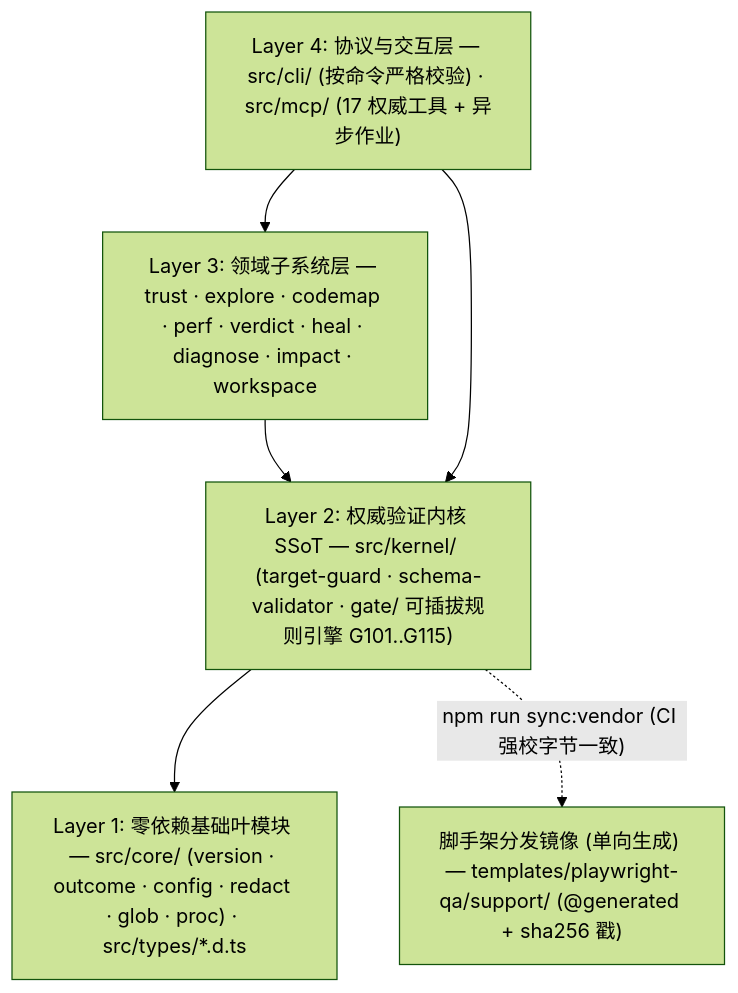
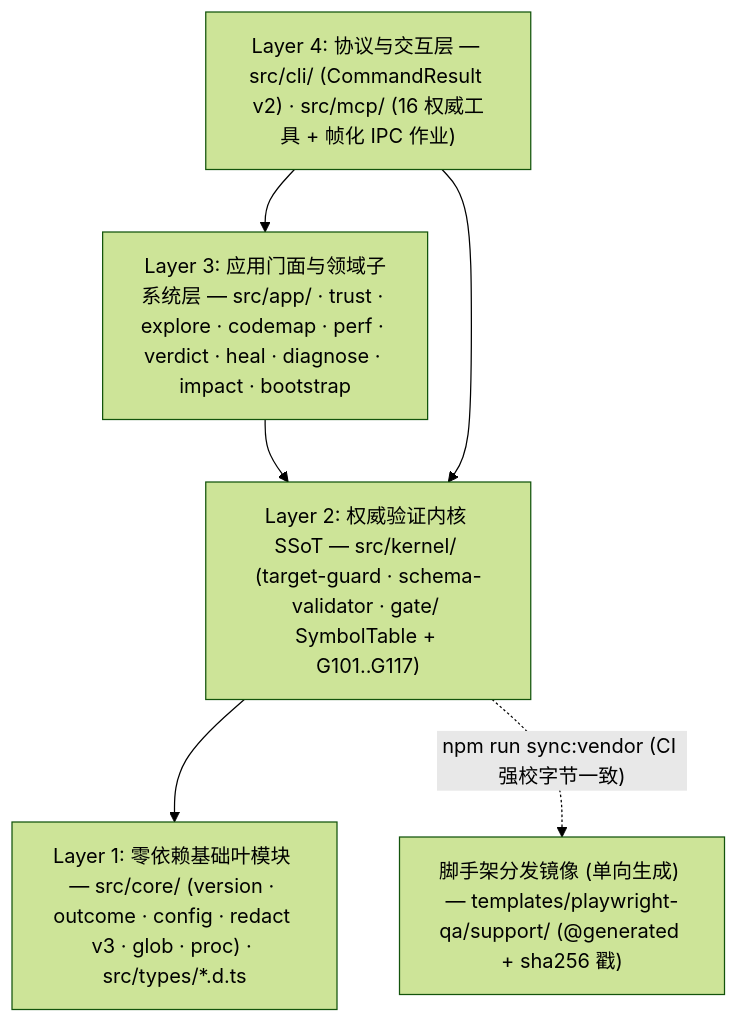
Before and after one commit to seaworld008/ai-test-workbench: the diagram in README.md, drawn with Mermaid (forest theme). The commit also changed other lines of this file and 248 other files, not shown here.

````diff
--- a/README.md
+++ b/README.md
@@ -84,12 +84,12 @@
 ```mermaid
 flowchart TB
-    L4["Layer 4: 协议与交互层 — src/cli/ (按命令严格校验) · src/mcp/ (17 权威工具 + 异步作业)"]
-    L3["Layer 3: 领域子系统层 — trust · explore · codemap · perf · verdict · heal · diagnose · impact · workspace"]
-    L2["Layer 2: 权威验证内核 SSoT — src/kernel/ (target-guard · schema-validator · gate/ 可插拔规则引擎 G101..G115)"]
-    L1["Layer 1: 零依赖基础叶模块 — src/core/ (version · outcome · config · redact · glob · proc) · src/types/*.d.ts"]
+    L4["Layer 4: 协议与交互层 — src/cli/ (CommandResult v2) · src/mcp/ (16 权威工具 + 帧化 IPC 作业)"]
+    L3["Layer 3: 应用门面与领域子系统层 — src/app/ · trust · explore · codemap · perf · verdict · heal · diagnose · impact · bootstrap"]
+    L2["Layer 2: 权威验证内核 SSoT — src/kernel/ (target-guard · schema-validator · gate/ SymbolTable + G101..G117)"]
+    L1["Layer 1: 零依赖基础叶模块 — src/core/ (version · outcome · config · redact v3 · glob · proc) · src/types/*.d.ts"]
     TPL["脚手架分发镜像 (单向生成) — templates/playwright-qa/support/ (@generated + sha256 戳)"]
 
     L4 --> L3 --> L2 --> L1
     L4 --> L2
     L2 -. "npm run sync:vendor (CI 强校字节一致)" .-> TPL
 ```
````
